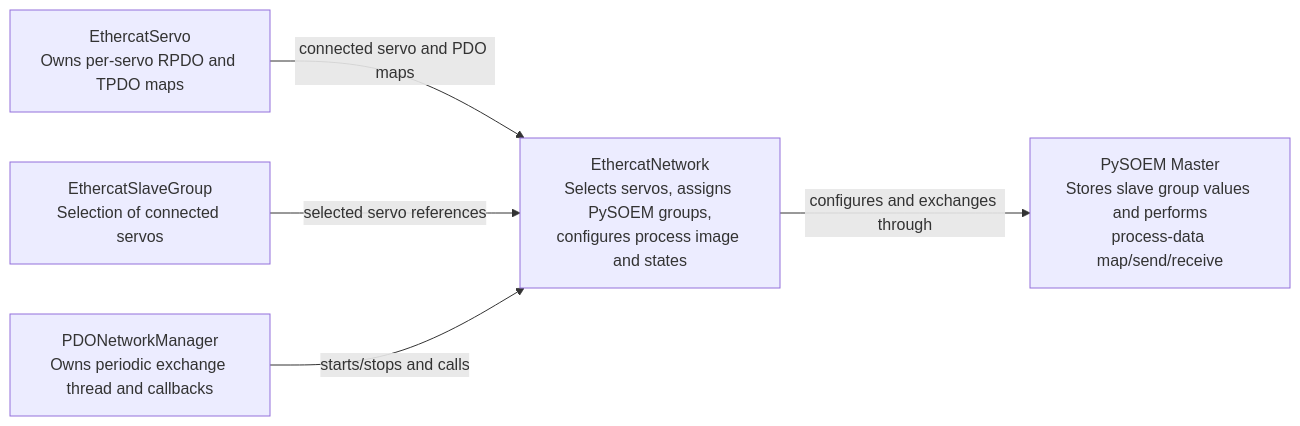
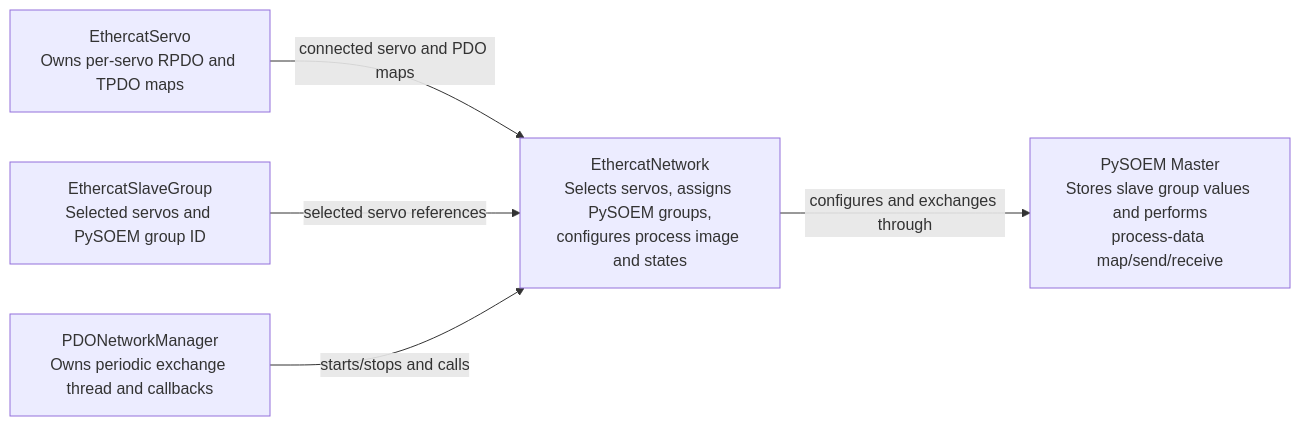
The first of 2 diagrams in tech_docs/ethercat-pdo-groups-and-lifecycle.md (ingeniamc/ingenialink-python), drawn with Mermaid before and after one commit. The commit also changed other lines of this file and 4 other files, not shown here.

Commit message:
INGK-1323 add group_id to EthercatSlaveGroup

````diff
--- a/tech_docs/ethercat-pdo-groups-and-lifecycle.md
+++ b/tech_docs/ethercat-pdo-groups-and-lifecycle.md
@@ -30,13 +30,13 @@
 ```mermaid
 flowchart LR
   Servo["EthercatServo<br/>Owns per-servo RPDO and TPDO maps"]
-  Group["EthercatSlaveGroup<br/>Selection of connected servos"]
+  Group["EthercatSlaveGroup<br/>Selected servos and PySOEM group ID"]
   Network["EthercatNetwork<br/>Selects servos, assigns PySOEM groups,<br/>configures process image and states"]
   Manager["PDONetworkManager<br/>Owns periodic exchange thread and callbacks"]
   Master["PySOEM Master<br/>Stores slave group values and performs<br/>process-data map/send/receive"]
 
   Servo -->|connected servo and PDO maps| Network
   Group -->|selected servo references| Network
   Manager -->|starts/stops and calls| Network
   Network -->|configures and exchanges through| Master
 ```
````
